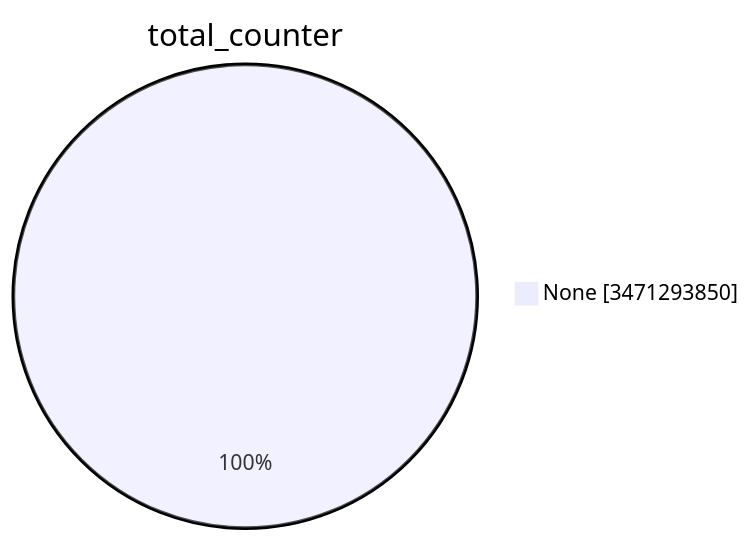
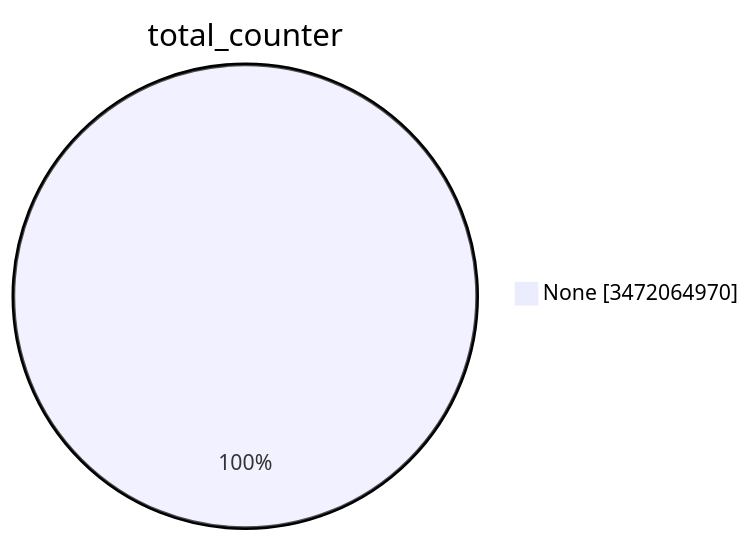
The first of 15 diagrams in TOTAL/README.md (christiankrug/ctmonitor_visualization), drawn with Mermaid before and after one commit. The commit also changed other lines of this file, not shown here.

````diff
--- a/TOTAL/README.md
+++ b/TOTAL/README.md
@@ -1,5 +1,5 @@
 ```mermaid
 pie showData
 title total_counter
-"None" :3471293850
+"None" :3472064970
 ```
````
